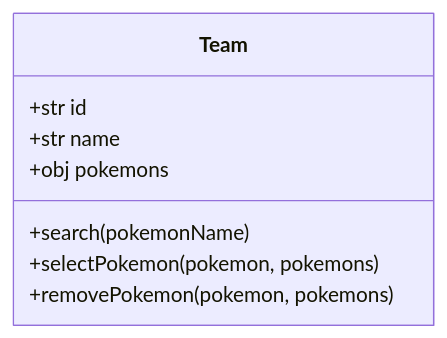
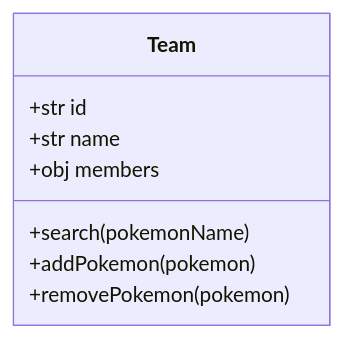
Before and after one commit to TobiAdeniyi/pokemon-team-builder: the diagram in specs/classDiagram.mmd, drawn with Mermaid. The commit also changed 1 other file, not shown here.

Commit message:
Implement team class, update diagram.

```diff
--- a/specs/classDiagram.mmd
+++ b/specs/classDiagram.mmd
@@ -1,11 +1,11 @@
 classDiagram
 
     class Team {
         +str id
         +str name
-        +obj pokemons
+        +obj members
 
         +search(pokemonName)
-        +selectPokemon(pokemon, pokemons)
-        +removePokemon(pokemon, pokemons)
+        +addPokemon(pokemon)
+        +removePokemon(pokemon)
     }
```
